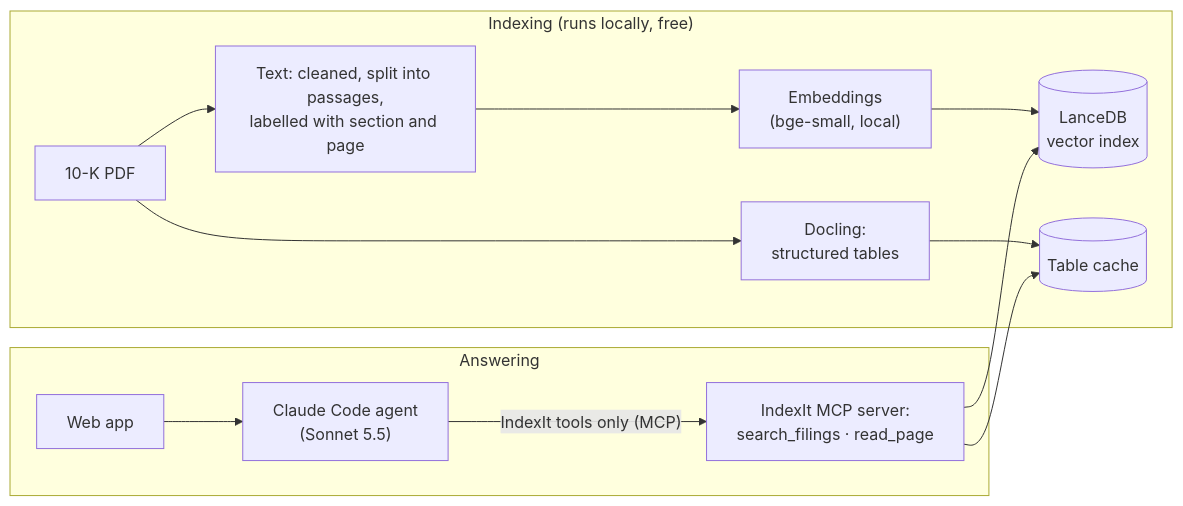
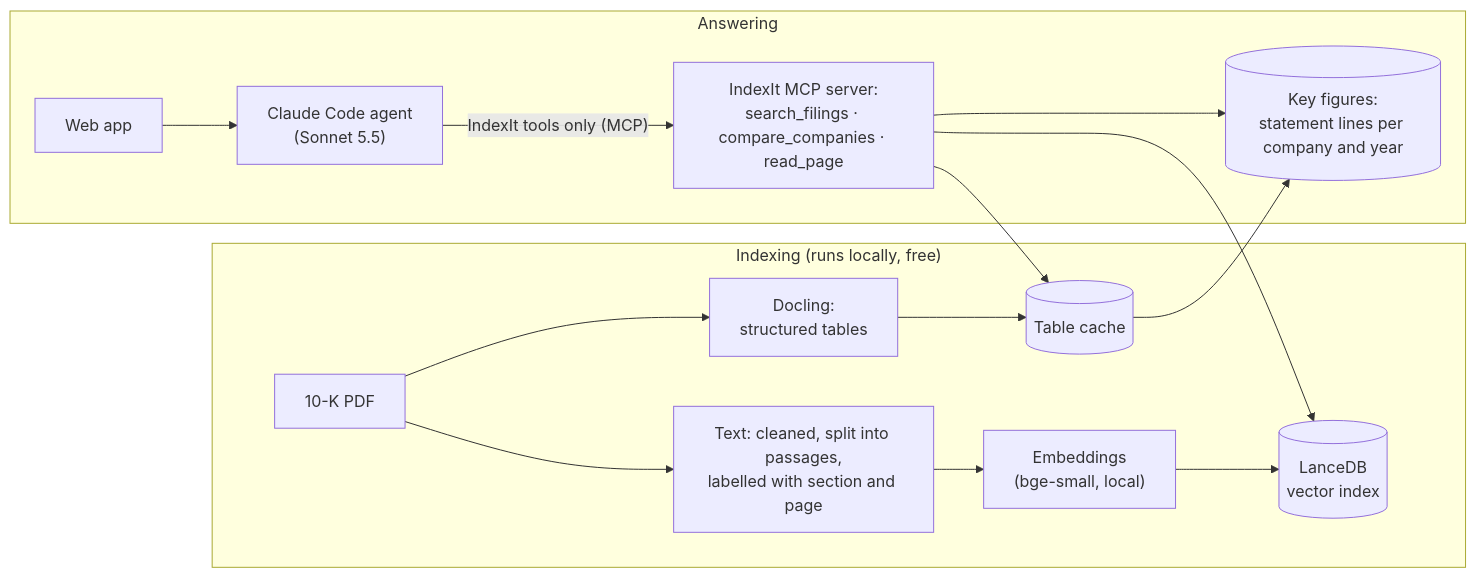
One commit to riyasubhedar/indexit changed the diagram in README.md. Above: the diagram before and after it, drawn with Mermaid. The commit also changed other lines of this file and 14 other files, not shown here.

First line of the commit message:
Key figures: compare companies in one lookup, plus a Compare view (D-026)

````diff
--- a/README.md
+++ b/README.md
@@ -20,14 +21,16 @@
 ```mermaid
 flowchart LR
   subgraph Indexing["Indexing (runs locally, free)"]
     PDF["10-K PDF"] --> Text["Text: cleaned, split into passages,<br/>labelled with section and page"]
     Text --> Emb["Embeddings<br/>(bge-small, local)"] --> DB[("LanceDB<br/>vector index")]
     PDF --> Docling["Docling:<br/>structured tables"] --> Tables[("Table cache")]
   end
   subgraph Answering
     UI["Web app"] --> Agent["Claude Code agent<br/>(Sonnet 5.5)"]
-    Agent -- "IndexIt tools only (MCP)" --> MCP["IndexIt MCP server:<br/>search_filings · read_page"]
+    Agent -- "IndexIt tools only (MCP)" --> MCP["IndexIt MCP server:<br/>search_filings · compare_companies · read_page"]
     MCP --> DB
     MCP --> Tables
+    Tables --> Figures[("Key figures:<br/>statement lines per company and year")]
+    MCP --> Figures
   end
 ```
````
